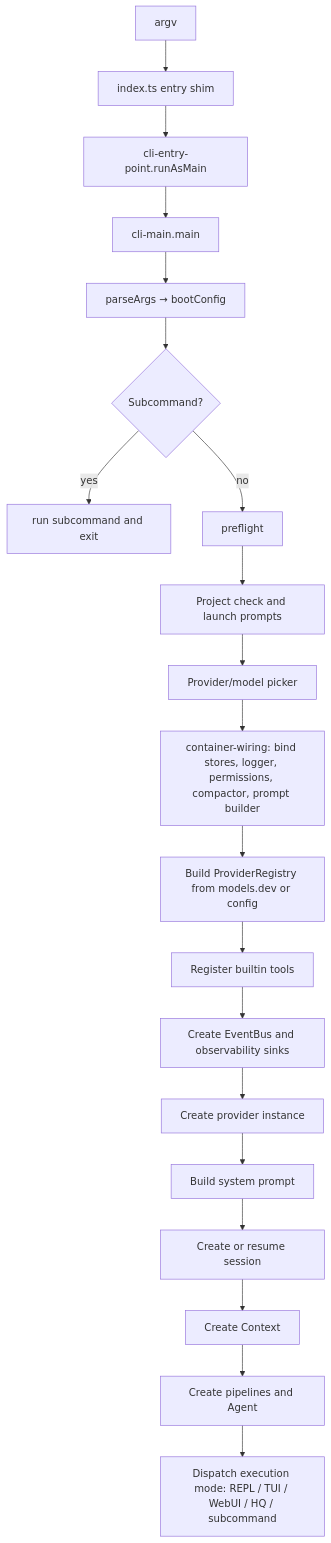
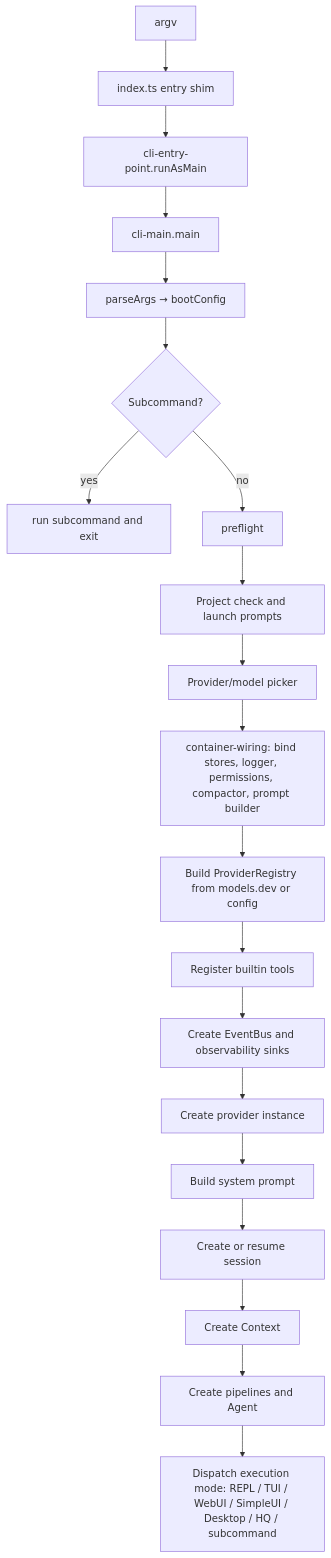
Before and after one commit to HoneyAdam/WrongStack: the fifth of 22 diagrams in docs/architecture-root.md, drawn with Mermaid. The commit also changed other lines of this file and 33 other files, not shown here.

Commit message:
docs: update architecture docs, competitive roadmap, website content, and gitignore

````diff
--- a/docs/architecture-root.md
+++ b/docs/architecture-root.md
@@ -437,22 +441,22 @@
 ```mermaid
 flowchart TD
   A[argv] --> B[index.ts entry shim]
   B --> C[cli-entry-point.runAsMain]
   C --> D[cli-main.main]
   D --> E[parseArgs → bootConfig]
   E --> F{Subcommand?}
   F -->|yes| G[run subcommand and exit]
   F -->|no| H[preflight]
   H --> I[Project check and launch prompts]
   I --> J[Provider/model picker]
   J --> K[container-wiring: bind stores, logger, permissions, compactor, prompt builder]
   K --> L[Build ProviderRegistry from models.dev or config]
   L --> M[Register builtin tools]
   M --> N[Create EventBus and observability sinks]
   N --> O[Create provider instance]
   O --> P[Build system prompt]
   P --> Q[Create or resume session]
   Q --> R[Create Context]
   R --> S[Create pipelines and Agent]
-  S --> T[Dispatch execution mode: REPL / TUI / WebUI / HQ / subcommand]
+  S --> T[Dispatch execution mode: REPL / TUI / WebUI / SimpleUI / Desktop / HQ / subcommand]
 ```
````
